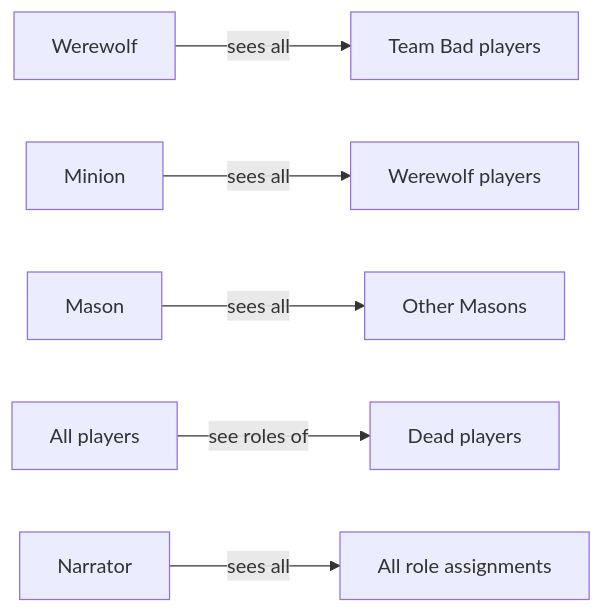
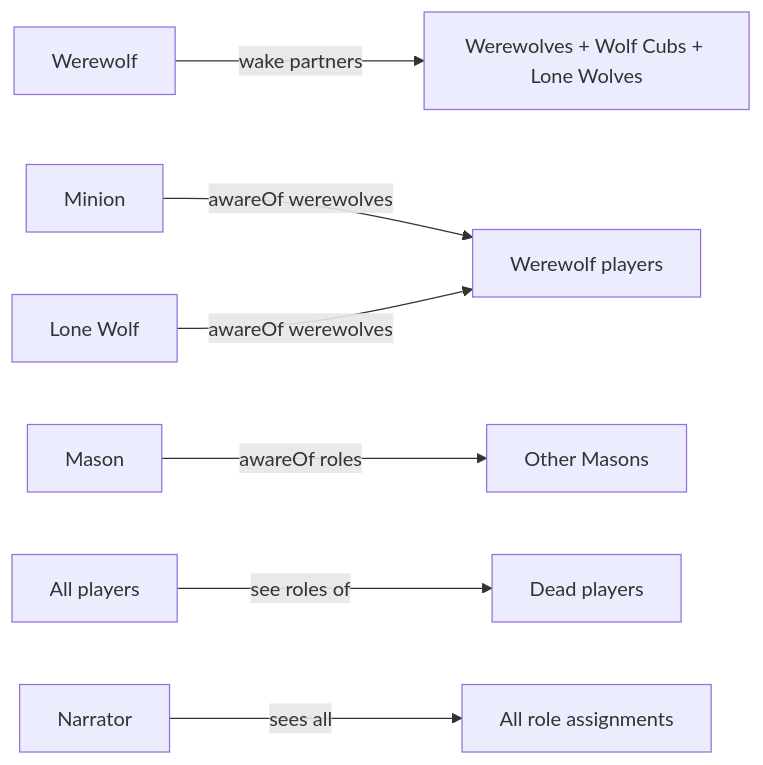
One commit to rmartz/hidden-role-game changed the first of 2 diagrams in docs/werewolf/roles.md. Above: the diagram before and after it, drawn with Mermaid. The commit also changed other lines of this file and 1 other file, not shown here.

First line of the commit message:
Fix stale visibility docs: canSeeTeam → awareOf + wake partners

````diff
--- a/docs/werewolf/roles.md
+++ b/docs/werewolf/roles.md
@@ -98,8 +107,9 @@
 ```mermaid
 graph LR
-    WW[Werewolf] -->|sees all| Bad[Team Bad players]
-    Minion -->|sees all| WWs[Werewolf players]
-    Mason -->|sees all| Masons[Other Masons]
+    WW[Werewolf] -->|wake partners| Group[Werewolves + Wolf Cubs + Lone Wolves]
+    Minion -->|awareOf werewolves| WWs[Werewolf players]
+    LW[Lone Wolf] -->|awareOf werewolves| WWs
+    Mason -->|awareOf roles| Masons[Other Masons]
     All[All players] -->|see roles of| Dead[Dead players]
     Narrator -->|sees all| Assignments[All role assignments]
 ```
````
